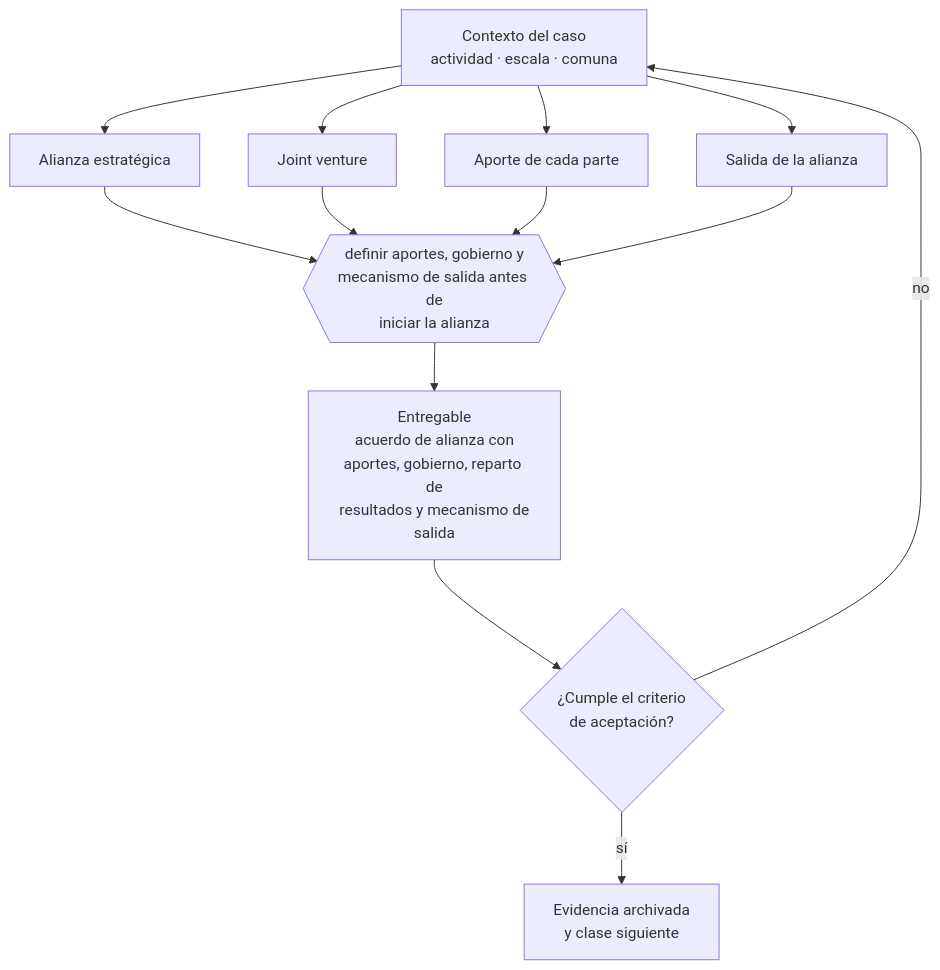
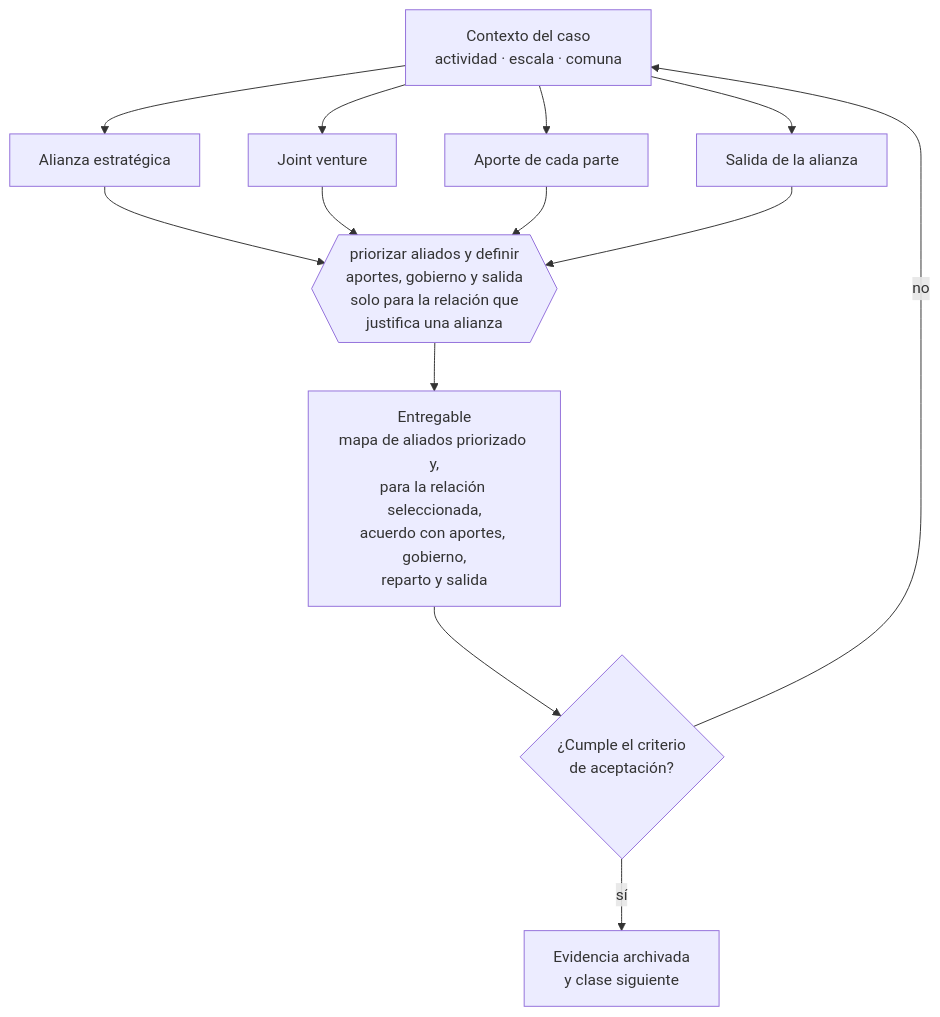
One commit to vladimiracunadev-create/modern-business-creation-program changed the diagram in curriculum/part-20-escalamiento-organizacion-y-gobierno-avanzado/class-09-alianzas-estrategicas-y-joint-ventures/README.md. Above: the diagram before and after it, drawn with Mermaid. The commit also changed other lines of this file and 48 other files, not shown here.

````diff
--- a/curriculum/part-20-escalamiento-organizacion-y-gobierno-avanzado/class-09-alianzas-estrategicas-y-joint-ventures/README.md
+++ b/curriculum/part-20-escalamiento-organizacion-y-gobierno-avanzado/class-09-alianzas-estrategicas-y-joint-ventures/README.md
@@ -34,13 +34,13 @@
 ```mermaid
 flowchart TB
     C["Contexto del caso<br/>actividad · escala · comuna"]
     C --> A1["Alianza estratégica"]
     C --> A2["Joint venture"]
     C --> A3["Aporte de cada parte"]
     C --> A4["Salida de la alianza"]
-    A1 & A2 & A3 & A4 --> D{{"definir aportes, gobierno y<br/>mecanismo de salida antes de<br/>iniciar la alianza"}}
-    D --> E["Entregable<br/>acuerdo de alianza con<br/>aportes, gobierno, reparto de<br/>resultados y mecanismo de<br/>salida"]
+    A1 & A2 & A3 & A4 --> D{{"priorizar aliados y definir<br/>aportes, gobierno y salida<br/>solo para la relación que<br/>justifica una alianza"}}
+    D --> E["Entregable<br/>mapa de aliados priorizado y,<br/>para la relación seleccionada,<br/>acuerdo con aportes, gobierno,<br/>reparto y salida"]
     E --> V{"¿Cumple el criterio<br/>de aceptación?"}
     V -->|sí| S["Evidencia archivada<br/>y clase siguiente"]
     V -->|no| C
 ```
````
